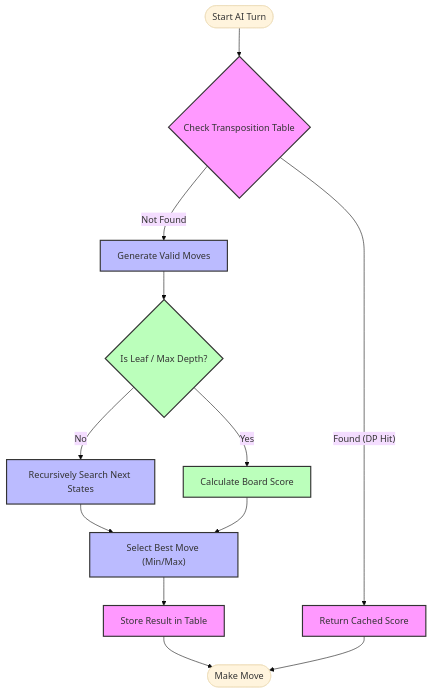
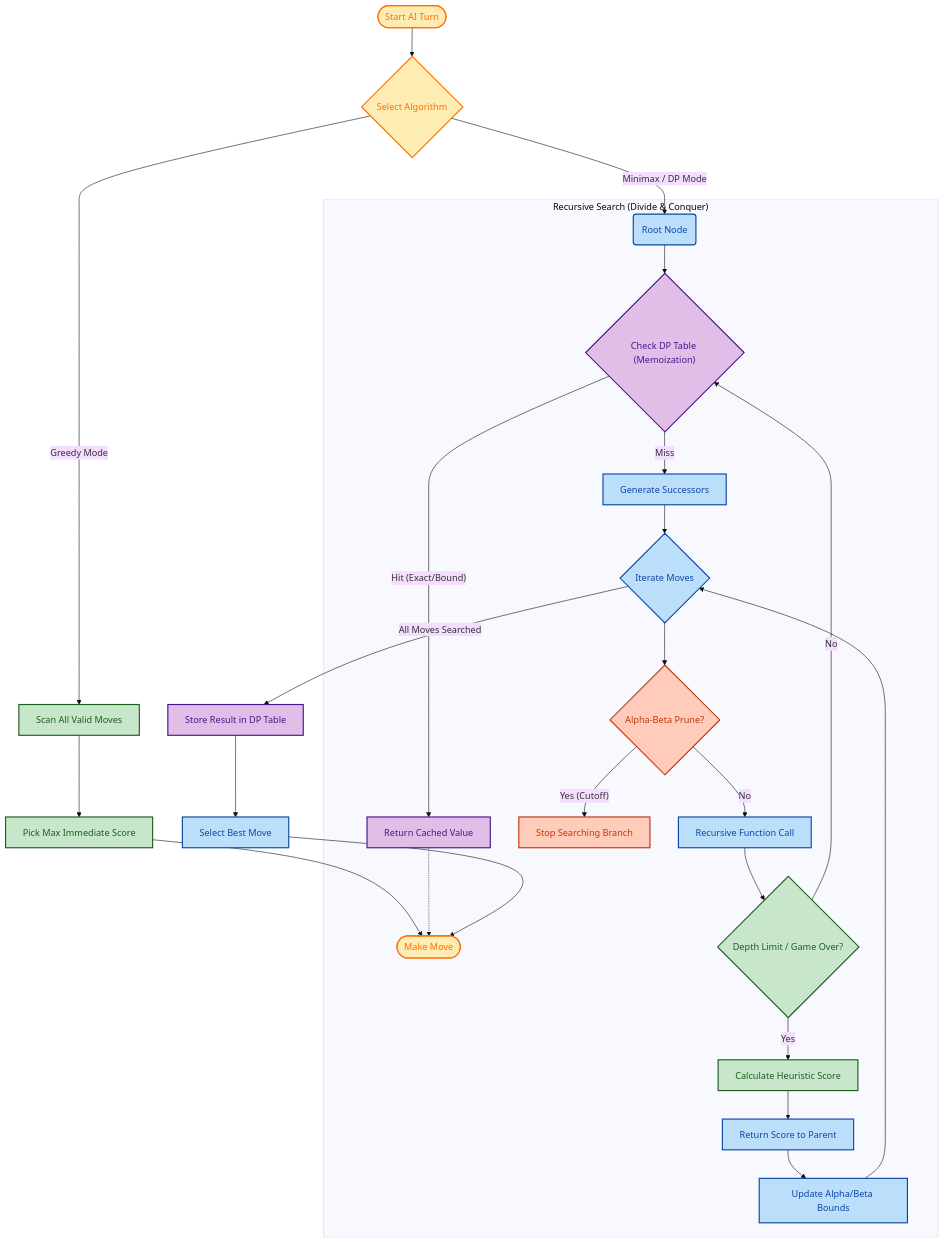
One commit to nimaldanyathk/Othello_DAA_Project changed the diagram in README.md. Above: the diagram before and after it, drawn with Mermaid (base theme). The commit also changed other lines of this file, not shown here.

Commit message:
docs: Enhance AI strategy diagram with complete algorithm flow and styling

````diff
--- a/README.md
+++ b/README.md
@@ -87,36 +87,46 @@
 ```mermaid
-graph TD
-    %% Nodes
-    Start([Start AI Turn])
-    Lookup{"Check Transposition Table"}
-    DPHit["Return Cached Score"]
-    Divide["Generate Valid Moves"]
-    BaseCase{"Is Leaf / Max Depth?"}
-    Heuristic["Calculate Board Score"]
-    Conquer["Recursively Search Next States"]
-    Combine["Select Best Move (Min/Max)"]
-    Memoize["Store Result in Table"]
-    End([Make Move])
+flowchart TD
+    %% Custom Styling
+    classDef memory fill:#e1bee7,stroke:#4a148c,stroke-width:2px,color:#4a148c;
+    classDef logic fill:#bbdefb,stroke:#0d47a1,stroke-width:2px,color:#0d47a1;
+    classDef eval fill:#c8e6c9,stroke:#1b5e20,stroke-width:2px,color:#1b5e20;
+    classDef prune fill:#ffccbc,stroke:#bf360c,stroke-width:2px,color:#bf360c;
+    classDef start fill:#ffecb3,stroke:#ff6f00,stroke-width:2px,color:#ff6f00;
 
-    %% Flow
-    Start --> Lookup
-    Lookup -- "Found (DP Hit)" --> DPHit
-    Lookup -- "Not Found" --> Divide
-    Divide --> BaseCase
-    BaseCase -- "Yes" --> Heuristic
-    BaseCase -- "No" --> Conquer
-    Conquer --> Combine
-    Combine --> Memoize
-    Memoize --> End
-    DPHit --> End
-    Heuristic --> Combine
+    Start([Start AI Turn]):::start --> Mode{"Select Algorithm"}:::start
+    
+    %% Greedy Algo
+    Mode -- "Greedy Mode" --> G_Scan[Scan All Valid Moves]:::eval
+    G_Scan --> G_Pick[Pick Max Immediate Score]:::eval
+    G_Pick --> End([Make Move]):::start
 
-    %% Styling
-    classDef dp fill:#f9f,stroke:#333,stroke-width:2px;
-    classDef dnc fill:#bbf,stroke:#333,stroke-width:2px;
-    classDef base fill:#bfb,stroke:#333,stroke-width:2px;
+    %% Minimax Algo
+    Mode -- "Minimax / DP Mode" --> Root(Root Node):::logic
     
-    class Lookup,DPHit,Memoize dp;
-    class Divide,Conquer,Combine dnc;
-    class Heuristic,BaseCase base;
+    subgraph "Recursive Search (Divide & Conquer)"
+        Root --> TP_Check{"Check DP Table (Memoization)"}:::memory
+        
+        TP_Check -- "Hit (Exact/Bound)" --> TP_Ret[Return Cached Value]:::memory
+        TP_Ret -.-> End
+        
+        TP_Check -- "Miss" --> Gen[Generate Successors]:::logic
+        Gen --> Loop{"Iterate Moves"}:::logic
+        
+        Loop --> AB_Check{"Alpha-Beta Prune?"}:::prune
+        AB_Check -- "Yes (Cutoff)" --> Prune[Stop Searching Branch]:::prune
+        
+        AB_Check -- "No" --> Recurse[Recursive Function Call]:::logic
+        Recurse --> Leaf{"Depth Limit / Game Over?"}:::eval
+        
+        Leaf -- "Yes" --> Heur[Calculate Heuristic Score]:::eval
+        Leaf -- "No" --> TP_Check
+        
+        Heur --> Backprop[Return Score to Parent]:::logic
+        Backprop --> UpdateAB[Update Alpha/Beta Bounds]:::logic
+        UpdateAB --> Loop
+    end
+    
+    Loop -- "All Moves Searched" --> Store[Store Result in DP Table]:::memory
+    Store --> Best[Select Best Move]:::logic
+    Best --> End
 ```
````
